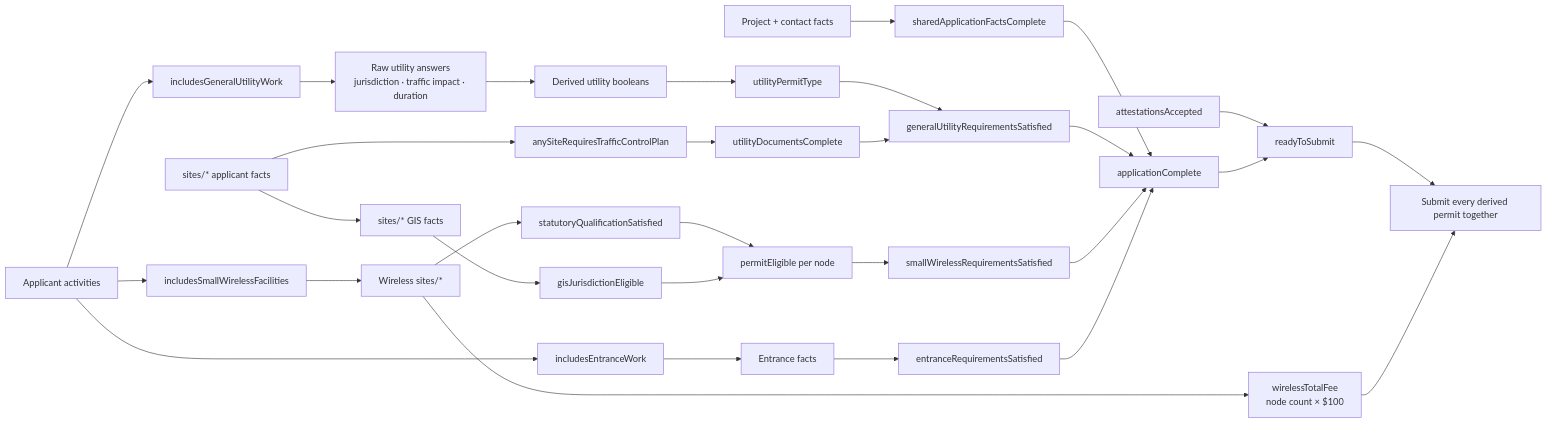
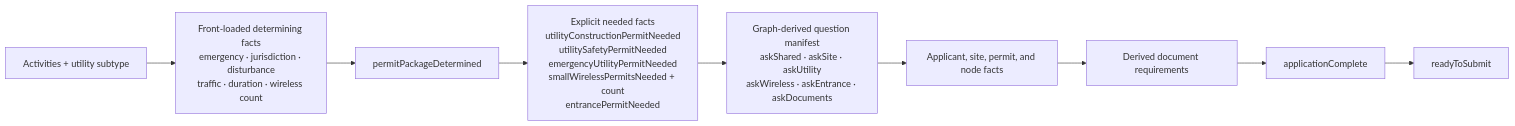
Before and after one commit to Infilla/fact-graph: the diagram in poc/MODEL.md, drawn with Mermaid. The commit also changed other lines of this file and 6 other files, not shown here.

Commit message:
Front-load graph permit determination

````diff
--- a/poc/MODEL.md
+++ b/poc/MODEL.md
@@ -11,27 +11,11 @@
 ```mermaid
 flowchart LR
-  ACTIVITIES["Applicant activities"] --> GENERAL["includesGeneralUtilityWork"]
-  ACTIVITIES --> WIRELESS["includesSmallWirelessFacilities"]
-  ACTIVITIES --> ENTRANCE["includesEntranceWork"]
-  SHARED["Project + contact facts"] --> SC["sharedApplicationFactsComplete"]
-  SITE["sites/* applicant facts"] --> GIS["sites/* GIS facts"]
-  GENERAL --> RAW["Raw utility answers<br/>jurisdiction · traffic impact · duration"]
-  RAW --> BOOLS["Derived utility booleans"] --> UTYPE["utilityPermitType"]
-  SITE --> TCP["anySiteRequiresTrafficControlPlan"] --> UDOCS["utilityDocumentsComplete"]
-  UTYPE --> UOK["generalUtilityRequirementsSatisfied"]
-  UDOCS --> UOK
-  WIRELESS --> NODES["Wireless sites/*"]
-  NODES --> QUAL["statutoryQualificationSatisfied"]
-  GIS --> JUR["gisJurisdictionEligible"]
-  QUAL --> NELIG["permitEligible per node"]
-  JUR --> NELIG --> WOK["smallWirelessRequirementsSatisfied"]
-  NODES --> FEE["wirelessTotalFee<br/>node count × $100"]
-  ENTRANCE --> EFACTS["Entrance facts"] --> EOK["entranceRequirementsSatisfied"]
-  SC --> COMPLETE["applicationComplete"]
-  UOK --> COMPLETE
-  WOK --> COMPLETE
-  EOK --> COMPLETE
-  ATTEST["attestationsAccepted"] --> READY["readyToSubmit"]
-  COMPLETE --> READY --> PACKAGE["Submit every derived permit together"]
-  FEE --> PACKAGE
+  ACT["Activities + utility subtype"] --> DET["Front-loaded determining facts<br/>emergency · jurisdiction · disturbance<br/>traffic · duration · wireless count"]
+  DET --> DONE["permitPackageDetermined"]
+  DONE --> TYPES["Explicit needed facts<br/>utilityConstructionPermitNeeded<br/>utilitySafetyPermitNeeded<br/>emergencyUtilityPermitNeeded<br/>smallWirelessPermitsNeeded + count<br/>entrancePermitNeeded"]
+  TYPES --> MANIFEST["Graph-derived question manifest<br/>askShared · askSite · askUtility<br/>askWireless · askEntrance · askDocuments"]
+  MANIFEST --> DETAILS["Applicant, site, permit, and node facts"]
+  DETAILS --> DOCS["Derived document requirements"]
+  DOCS --> COMPLETE["applicationComplete"]
+  COMPLETE --> READY["readyToSubmit"]
 ```
````
